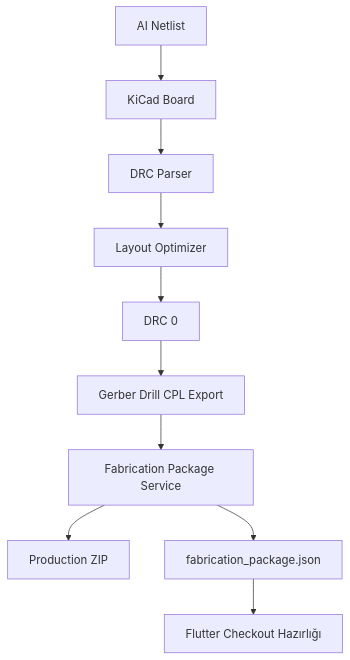
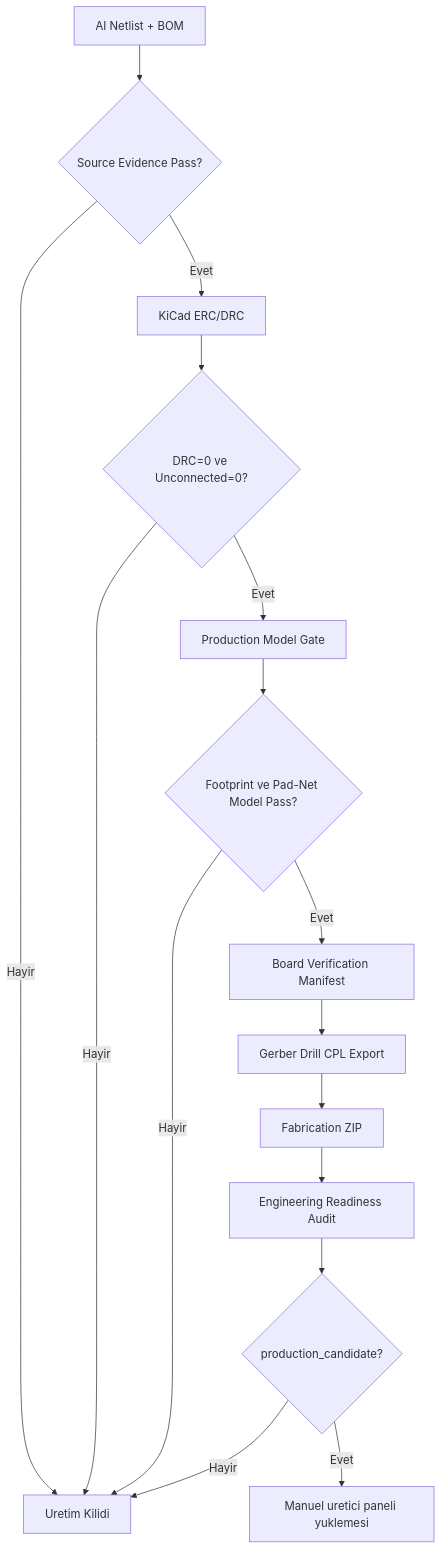
Before and after one commit to Takingo/Mypcb35: the diagram in Barainmypcb/09 - Faz 5 Üretim Checkout ve Paketleme.md, drawn with Mermaid. The commit also changed other lines of this file and 298 other files, not shown here.

````diff
--- a/Barainmypcb/09 - Faz 5 Üretim Checkout ve Paketleme.md
+++ b/Barainmypcb/09 - Faz 5 Üretim Checkout ve Paketleme.md
@@ -101,12 +79,18 @@
 ```mermaid
 graph TD
-    A[AI Netlist] --> B[KiCad Board]
-    B --> C[DRC Parser]
-    C --> D[Layout Optimizer]
-    D --> E[DRC 0]
-    E --> F[Gerber Drill CPL Export]
-    F --> G[Fabrication Package Service]
-    G --> H[Production ZIP]
-    G --> I[fabrication_package.json]
-    I --> J[Flutter Checkout Hazırlığı]
+    A[AI Netlist + BOM] --> S{Source Evidence Pass?}
+    S -->|Hayir| X[Uretim Kilidi]
+    S -->|Evet| B[KiCad ERC/DRC]
+    B --> C{DRC=0 ve Unconnected=0?}
+    C -->|Hayir| X
+    C -->|Evet| D[Production Model Gate]
+    D --> E{Footprint ve Pad-Net Model Pass?}
+    E -->|Hayir| X
+    E -->|Evet| F[Board Verification Manifest]
+    F --> G[Gerber Drill CPL Export]
+    G --> H[Fabrication ZIP]
+    H --> I[Engineering Readiness Audit]
+    I --> J{production_candidate?}
+    J -->|Hayir| X
+    J -->|Evet| K[Manuel uretici paneli yuklemesi]
 ```
````
